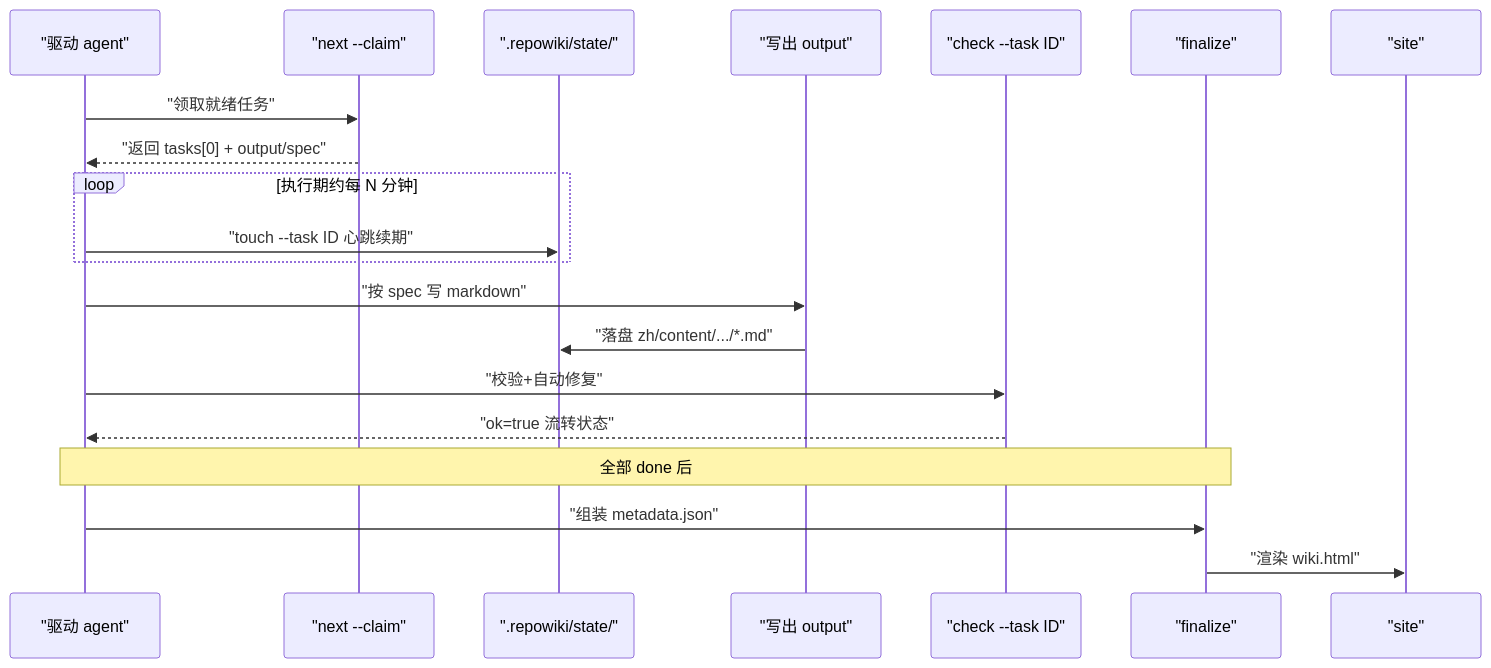
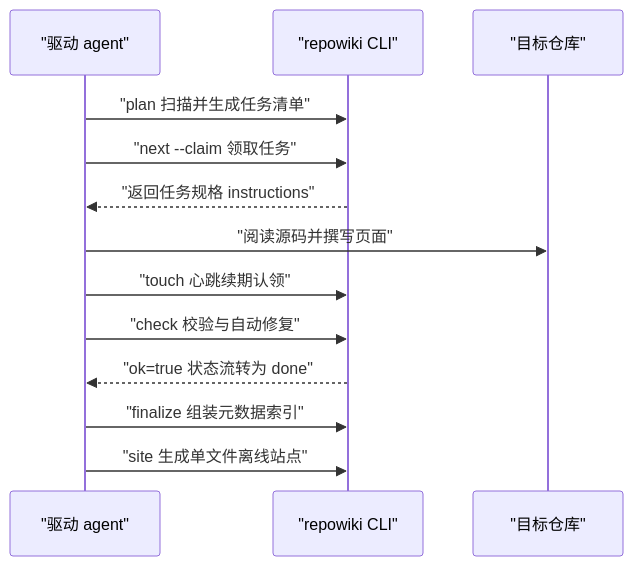
Before and after one commit to luomsis/repowiki: the second of 3 diagrams in .repowiki/zh/content/项目概述/项目概述.md, drawn with Mermaid. The commit also changed other lines of this file and 62 other files, not shown here.

````diff
--- a/.repowiki/zh/content/项目概述/项目概述.md
+++ b/.repowiki/zh/content/项目概述/项目概述.md
@@ -127,24 +86,15 @@
 ```mermaid
 sequenceDiagram
 participant Agent as "驱动 agent"
-participant Next as "next --claim"
-participant FS as ".repowiki/state/"
-participant Write as "写出 output"
-participant Check as "check --task ID"
-participant Final as "finalize"
-participant Site as "site"
-
-Agent->>Next : "领取就绪任务"
-Next-->>Agent : "返回 tasks[0] + output/spec"
-loop 执行期约每 N 分钟
-Agent->>FS : "touch --task ID 心跳续期"
-end
-Agent->>Write : "按 spec 写 markdown"
-Write->>FS : "落盘 zh/content/.../*.md"
-Agent->>Check : "校验+自动修复"
-Check-->>Agent : "ok=true 流转状态"
-Note over Agent,Final : 全部 done 后
-Agent->>Final : "组装 metadata.json"
-Final->>Site : "渲染 wiki.html"
-
+participant CLI as "repowiki CLI"
+participant Repo as "目标仓库"
+Agent->>CLI : "plan 扫描并生成任务清单"
+Agent->>CLI : "next --claim 领取任务"
+CLI-->>Agent : "返回任务规格 instructions"
+Agent->>Repo : "阅读源码并撰写页面"
+Agent->>CLI : "touch 心跳续期认领"
+Agent->>CLI : "check 校验与自动修复"
+CLI-->>Agent : "ok=true 状态流转为 done"
+Agent->>CLI : "finalize 组装元数据索引"
+Agent->>CLI : "site 生成单文件离线站点"
 ```
````
